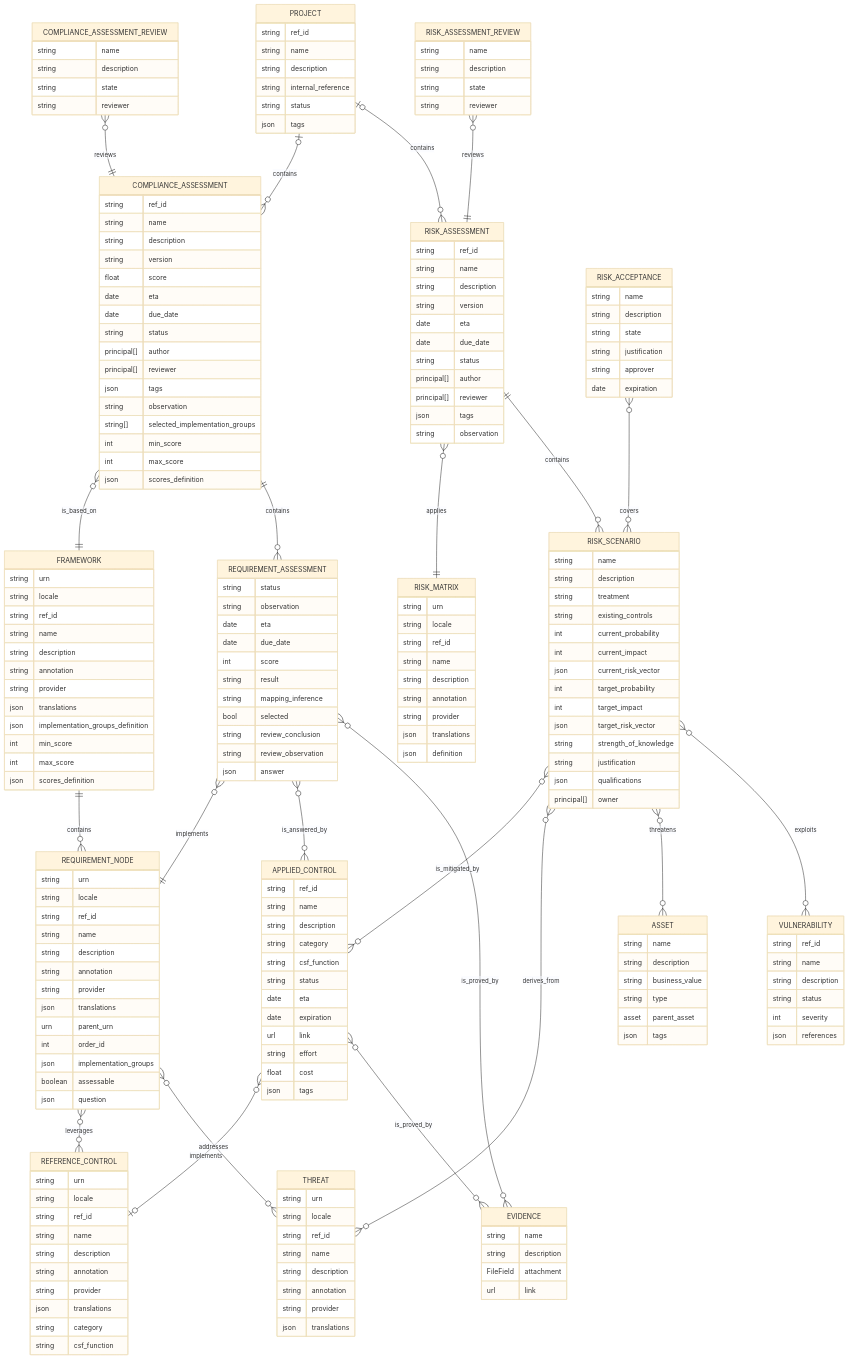
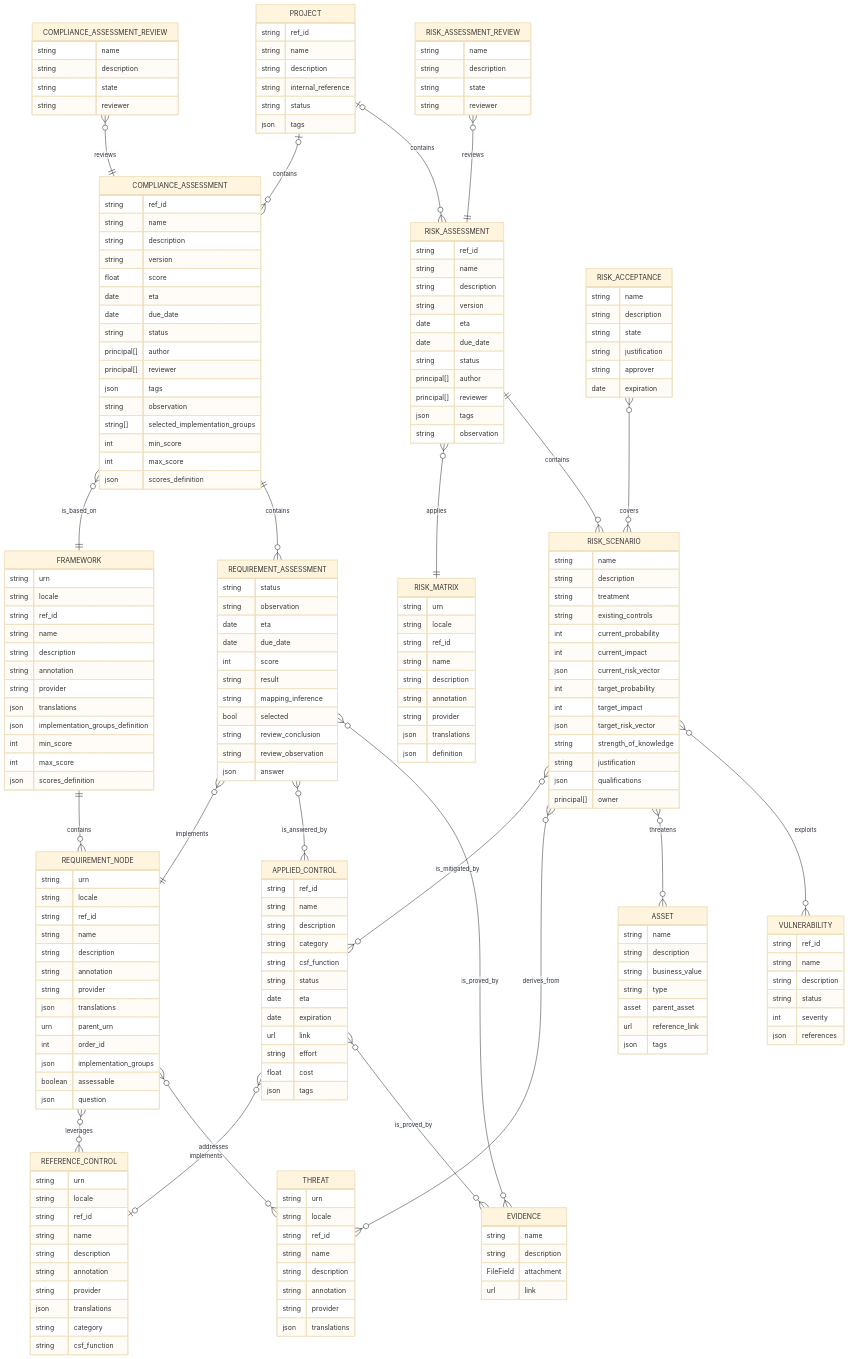
The fourth of 10 diagrams in documentation/architecture/data-model.md (intuitem/ciso-assistant-community), drawn with Mermaid (base theme) before and after one commit. The commit also changed other lines of this file, not shown here.

```diff
--- a/documentation/architecture/data-model.md
+++ b/documentation/architecture/data-model.md
@@ -279,10 +279,10 @@
     ASSET {
         string name
         string description
-
         string business_value
         string type
         asset  parent_asset
+        url    reference_link
         json   tags
     }
 
```
